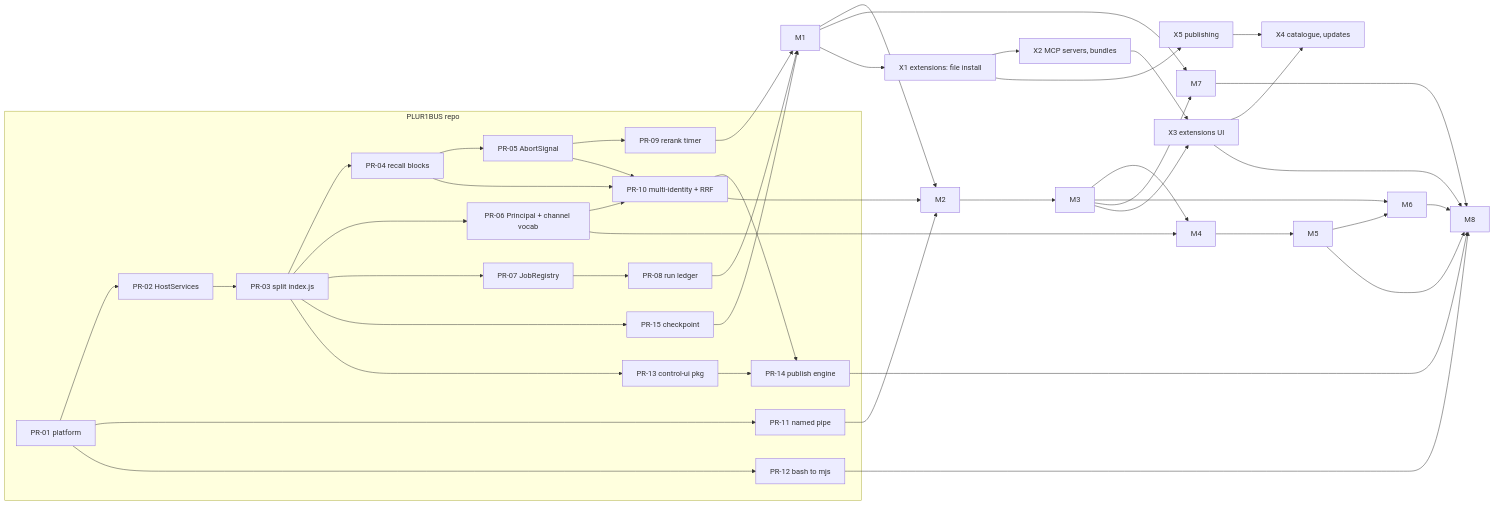
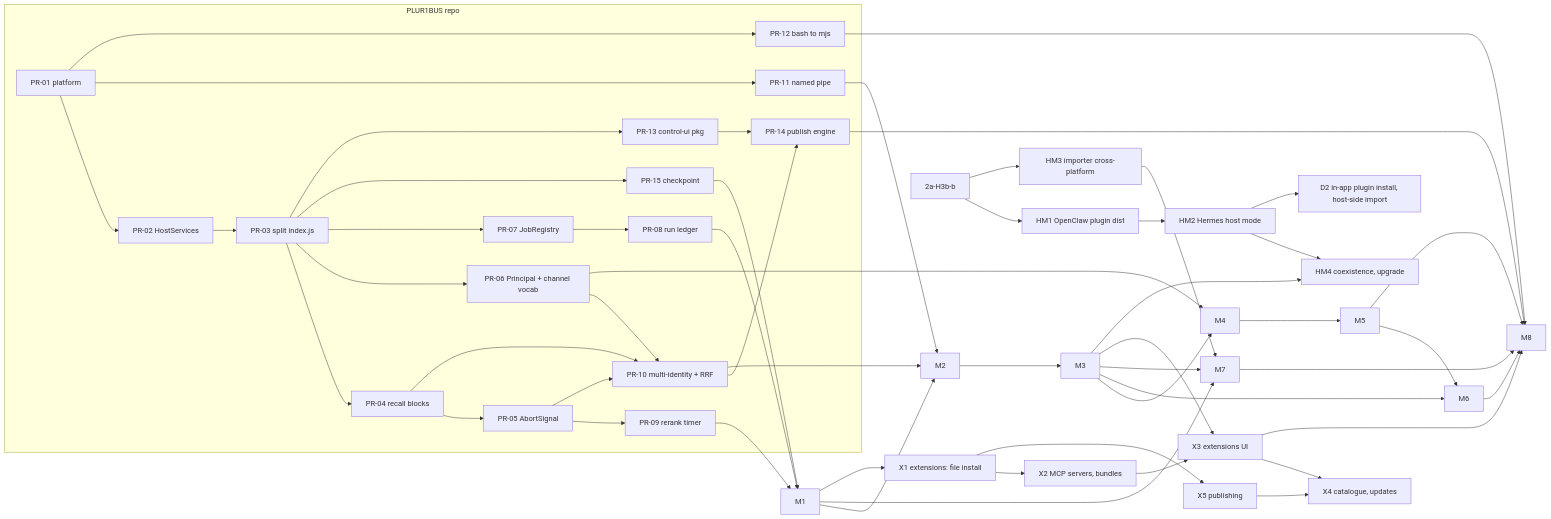
One commit to Cyb3rb1ade/PLUR1BUS-Harness changed the diagram in docs/milestones.md. Above: the diagram before and after it, drawn with Mermaid. The commit also changed other lines of this file and 2 other files, not shown here.

First line of the commit message:
docs(spec): host-mode plugin distribution and cross-platform migration (D86-D91)

````diff
--- a/docs/milestones.md
+++ b/docs/milestones.md
@@ -282,24 +297,28 @@
 ```mermaid
 graph LR
   subgraph engine[PLUR1BUS repo]
     P01[PR-01 platform] --> P02[PR-02 HostServices] --> P03[PR-03 split index.js]
     P03 --> P04[PR-04 recall blocks] --> P05[PR-05 AbortSignal] --> P09[PR-09 rerank timer]
     P03 --> P06[PR-06 Principal + channel vocab]
     P03 --> P07[PR-07 JobRegistry] --> P08[PR-08 run ledger]
     P03 --> P15[PR-15 checkpoint]
     P04 & P05 & P06 --> P10[PR-10 multi-identity + RRF]
     P01 --> P11[PR-11 named pipe] & P12[PR-12 bash to mjs]
     P03 --> P13[PR-13 control-ui pkg] --> P14[PR-14 publish engine]
     P10 --> P14
   end
   P08 & P09 & P15 --> M1
   M1 & P10 & P11 --> M2 --> M3
   M3 & P06 --> M4 --> M5
   M3 & M5 --> M6
   M1 & M3 --> M7
   M5 & M6 & M7 & P14 & P12 --> M8
   M1 --> X1[X1 extensions: file install] --> X2[X2 MCP servers, bundles] --> X3[X3 extensions UI]
   M3 --> X3 --> X4[X4 catalogue, updates]
   X1 --> X5[X5 publishing] --> X4
   X3 --> M8
+  H3bb[2a-H3b-b] --> HM1[HM1 OpenClaw plugin dist] --> HM2[HM2 Hermes host mode] --> HM4[HM4 coexistence, upgrade]
+  H3bb --> HM3[HM3 importer cross-platform] --> M7
+  M3 --> HM4
+  HM2 --> D2x[D2 in-app plugin install, host-side import]
 ```
````
